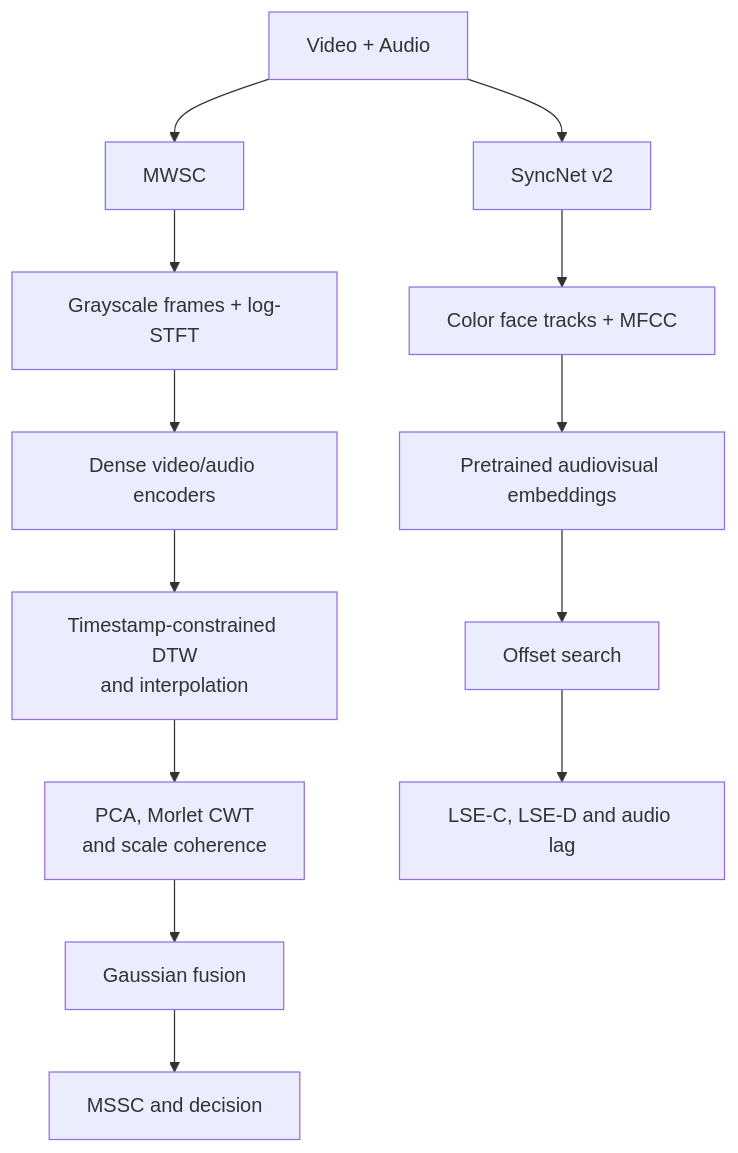
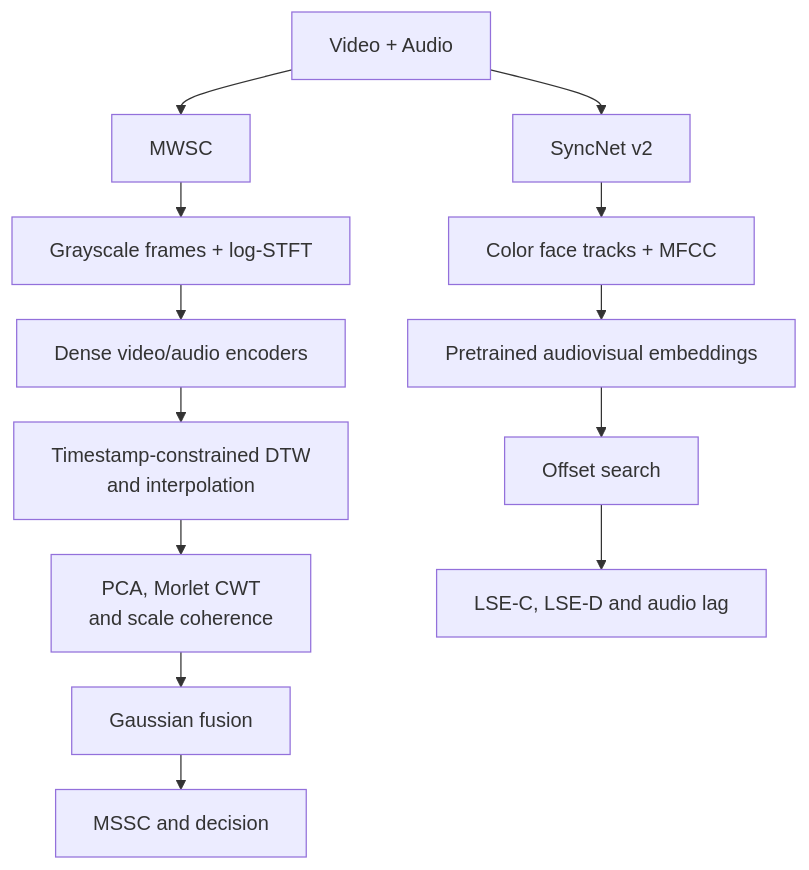
One commit to wlz05/MWSC changed the diagram in README.md. Above: the diagram before and after it, drawn with Mermaid.

Commit message:
MWSC
Set readable label widths and compact spacing for the two README diagram branches after checking GitHub rendering. Preserve the pipeline and all source code.

````diff
--- a/README.md
+++ b/README.md
@@ -9,15 +9,21 @@
 ```mermaid
+---
+config:
+  flowchart:
+    wrappingWidth: 260
+    rankSpacing: 28
+---
 flowchart TD
     AV["Video + Audio"] --> M["MWSC"]
     AV --> S["SyncNet v2"]
     M --> MP["Grayscale frames + log-STFT"]
     MP --> ME["Dense video/audio encoders"]
     ME --> MA["Timestamp-constrained DTW<br/>and interpolation"]
     MA --> MW["PCA, Morlet CWT<br/>and scale coherence"]
     MW --> MF["Gaussian fusion"]
     MF --> MD["MSSC and decision"]
     S --> SP["Color face tracks + MFCC"]
     SP --> SE["Pretrained audiovisual embeddings"]
     SE --> SO["Offset search"]
     SO --> SD["LSE-C, LSE-D and audio lag"]
 ```
````
